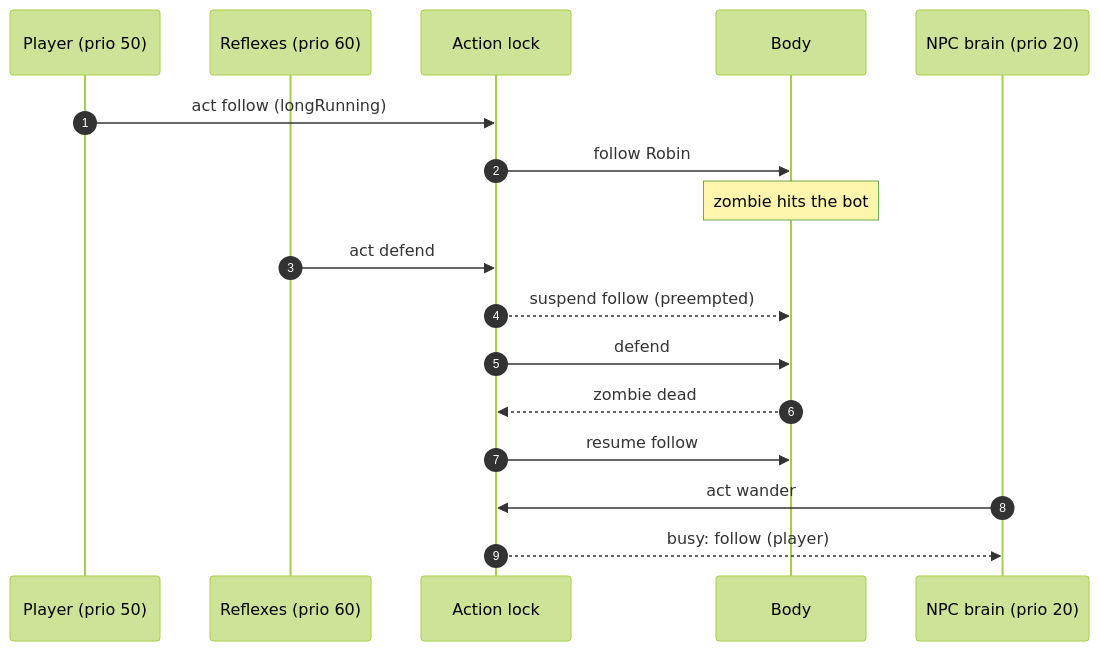
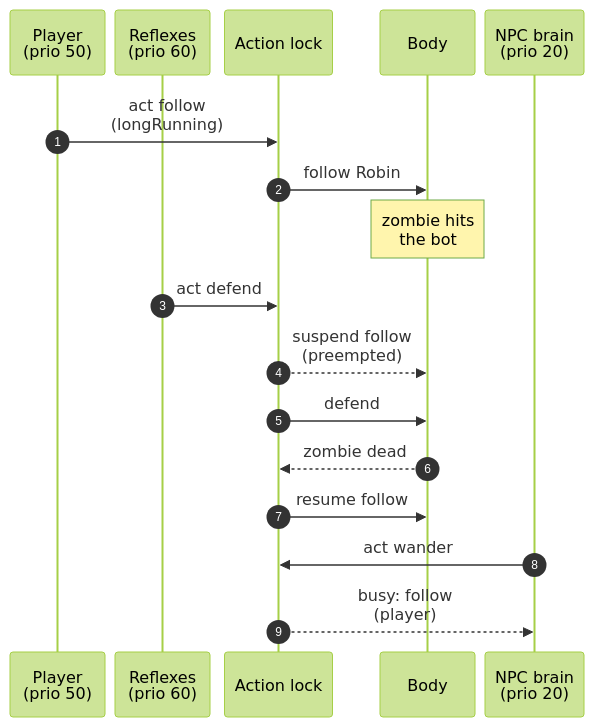
The fourth of 4 diagrams in docs/concepts/architecture.md (thereisnotime/golemkit), drawn with Mermaid (forest theme) before and after one commit. The commit also changed other lines of this file and 20 other files, not shown here.

First line of the commit message:
Docs: replace the last ASCII diagrams with mermaid, make wide charts top-down to fit the column

````diff
--- a/docs/concepts/architecture.md
+++ b/docs/concepts/architecture.md
@@ -147,19 +146,20 @@
 ```mermaid
+%%{init: {"sequence": {"width": 95, "actorMargin": 10}}}%%
 sequenceDiagram
   autonumber
-  participant P as Player (prio 50)
-  participant R as Reflexes (prio 60)
+  participant P as Player<br/>(prio 50)
+  participant R as Reflexes<br/>(prio 60)
   participant L as Action lock
   participant B as Body
-  P->>L: act follow (longRunning)
+  P->>L: act follow<br/>(longRunning)
   L->>B: follow Robin
-  Note over B: zombie hits the bot
+  Note over B: zombie hits<br/>the bot
   R->>L: act defend
-  L-->>B: suspend follow (preempted)
+  L-->>B: suspend follow<br/>(preempted)
   L->>B: defend
   B-->>L: zombie dead
   L->>B: resume follow
-  participant N as NPC brain (prio 20)
+  participant N as NPC brain<br/>(prio 20)
   N->>L: act wander
-  L-->>N: busy: follow (player)
+  L-->>N: busy: follow<br/>(player)
 ```
````
